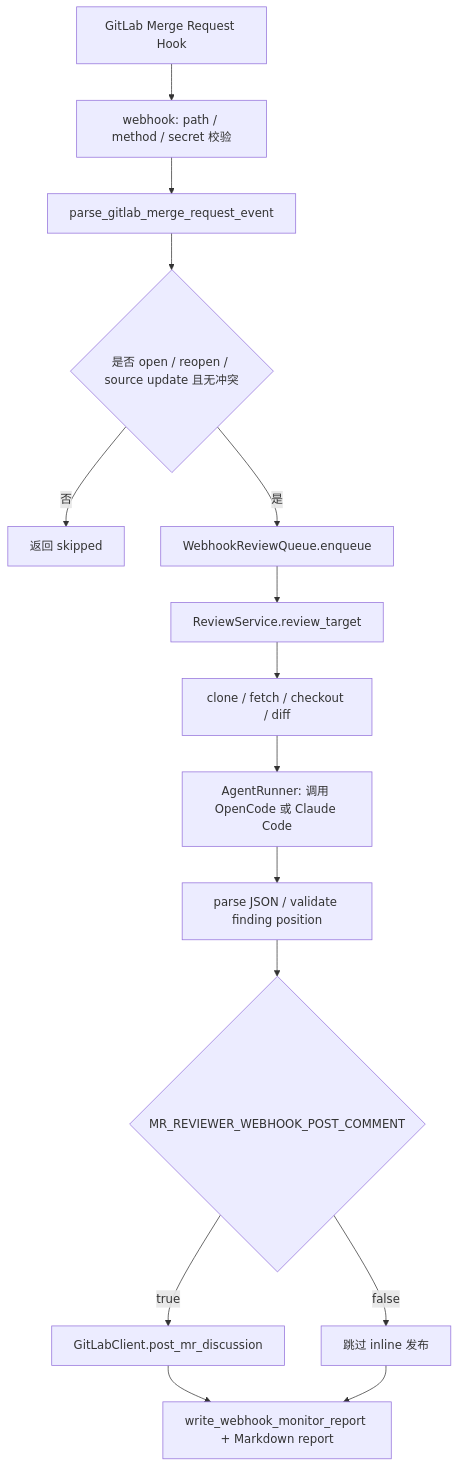
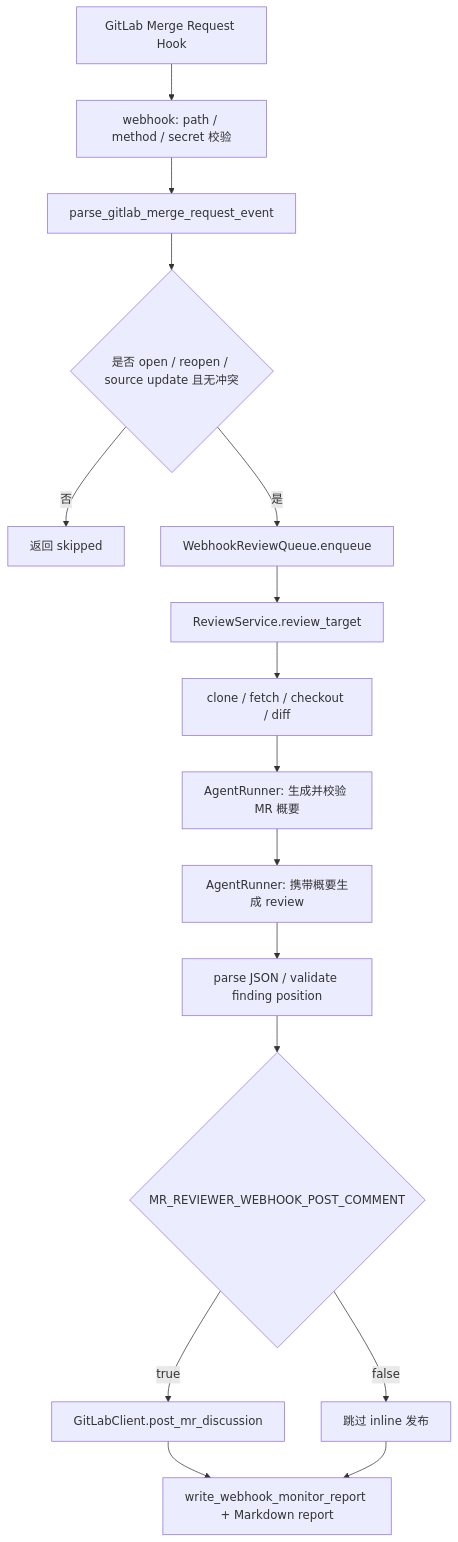
One commit to Faye-663/code-mr-reviewer changed the third of 3 diagrams in docs/DESIGN.md. Above: the diagram before and after it, drawn with Mermaid. The commit also changed other lines of this file and 3 other files, not shown here.

````diff
--- a/docs/DESIGN.md
+++ b/docs/DESIGN.md
@@ -42,17 +43,18 @@
 ```mermaid
 flowchart TD
     A["GitLab Merge Request Hook"] --> B["webhook: path / method / secret 校验"]
     B --> C["parse_gitlab_merge_request_event"]
     C --> D{"是否 open / reopen / source update 且无冲突"}
     D -- "否" --> E["返回 skipped"]
     D -- "是" --> F["WebhookReviewQueue.enqueue"]
     F --> G["ReviewService.review_target"]
     G --> H["clone / fetch / checkout / diff"]
-    H --> I["AgentRunner: 调用 OpenCode 或 Claude Code"]
-    I --> J["parse JSON / validate finding position"]
+    H --> I["AgentRunner: 生成并校验 MR 概要"]
+    I --> I2["AgentRunner: 携带概要生成 review"]
+    I2 --> J["parse JSON / validate finding position"]
     J --> K{"MR_REVIEWER_WEBHOOK_POST_COMMENT"}
     K -- "true" --> L["GitLabClient.post_mr_discussion"]
     K -- "false" --> M["跳过 inline 发布"]
     L --> N["write_webhook_monitor_report + Markdown report"]
     M --> N
 ```
````
